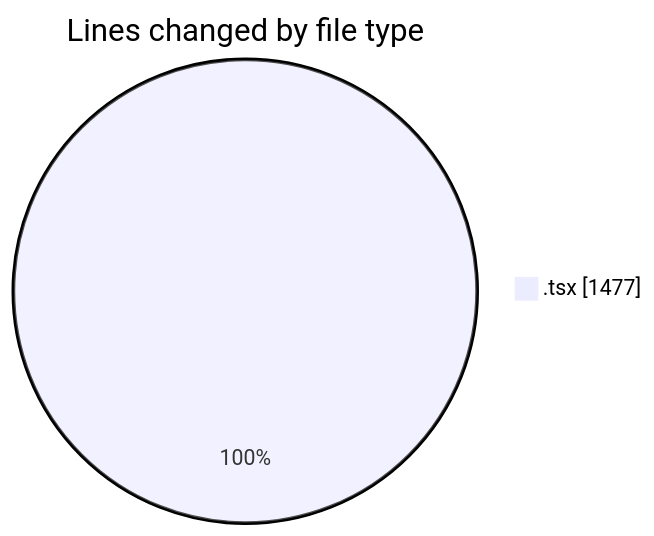
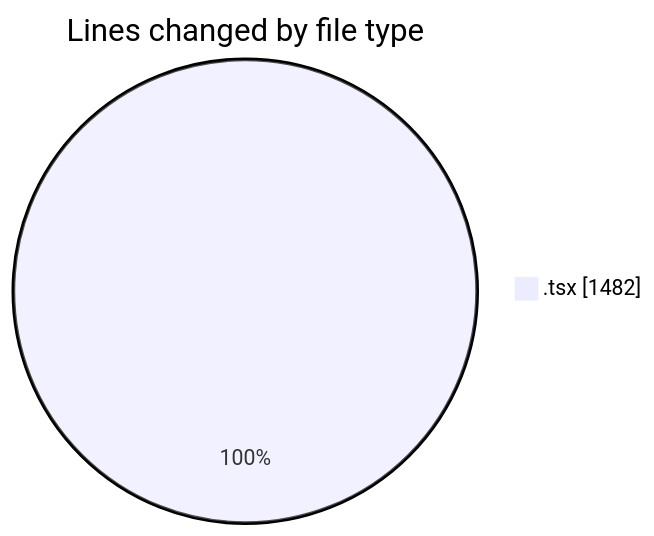
The first of 2 diagrams in 2025-10-10/eventscop-frontend-guide__workspace_/README.md (julien-gomy/code-tracking), drawn with Mermaid before and after one commit. The commit also changed other lines of this file and 1 other file, not shown here.

````diff
--- a/2025-10-10/eventscop-frontend-guide__workspace_/README.md
+++ b/2025-10-10/eventscop-frontend-guide__workspace_/README.md
@@ -24,5 +24,5 @@
 ```mermaid
 pie showData
 title Lines changed by file type
-".tsx" : 1477
+".tsx" : 1482
 ```
````
